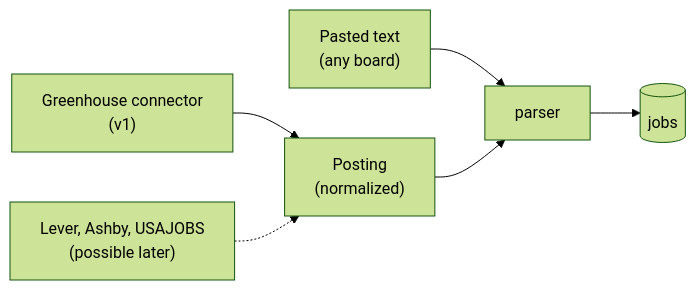
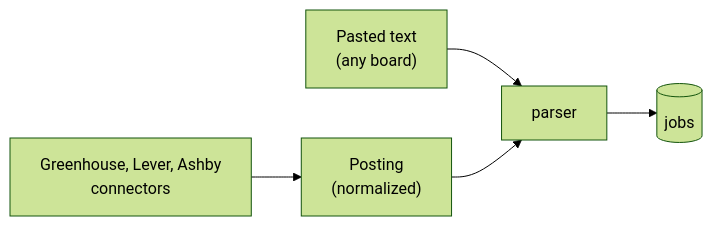
One commit to tlmcguire/fistbump changed the fifth of 8 diagrams in docs/architecture.md. Above: the diagram before and after it, drawn with Mermaid (forest theme). The commit also changed other lines of this file and 107 other files, not shown here.

````diff
--- a/docs/architecture.md
+++ b/docs/architecture.md
@@ -183,8 +183,7 @@
 ```mermaid
 flowchart LR
     Paste["Pasted text<br/>(any board)"] --> Parser[parser]
-    GH["Greenhouse connector<br/>(v1)"] --> Norm["Posting<br/>(normalized)"]
-    Next["Lever, Ashby, USAJOBS<br/>(possible later)"] -.-> Norm
+    ATS["Greenhouse, Lever, Ashby<br/>connectors"] --> Norm["Posting<br/>(normalized)"]
     Norm --> Parser
     Parser --> Store[("jobs")]
 ```
````
